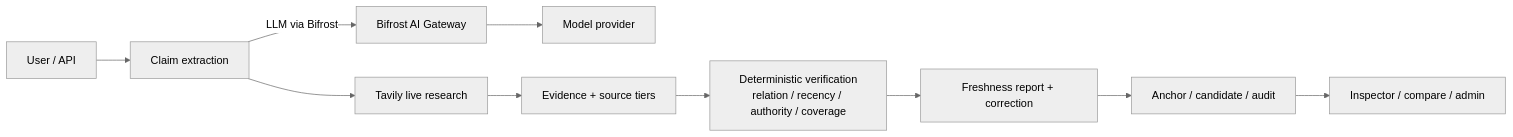
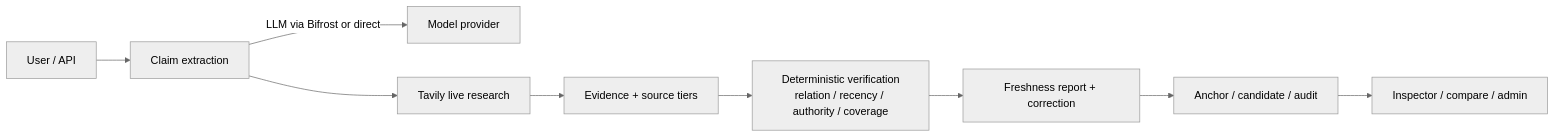
One commit to Gi-Tuu/yai-scout changed the diagram in README.md. Above: the diagram before and after it, drawn with Mermaid (neutral theme). The commit also changed other lines of this file and 61 other files, not shown here.

````diff
--- a/README.md
+++ b/README.md
@@ -93,12 +89,11 @@
 ```mermaid
 flowchart LR
   U[User / API] --> F[Claim extraction]
-  F -->|LLM via Bifrost| B[Bifrost AI Gateway]
-  B --> M[Model provider]
+  F -->|LLM via Bifrost or direct| B[Model provider]
   F --> T[Tavily live research]
   T --> E[Evidence + source tiers]
   E --> V[Deterministic verification<br/>relation / recency / authority / coverage]
   V --> R[Freshness report + correction]
   R --> A[Anchor / candidate / audit]
   A --> UI[Inspector / compare / admin]
 ```
````
